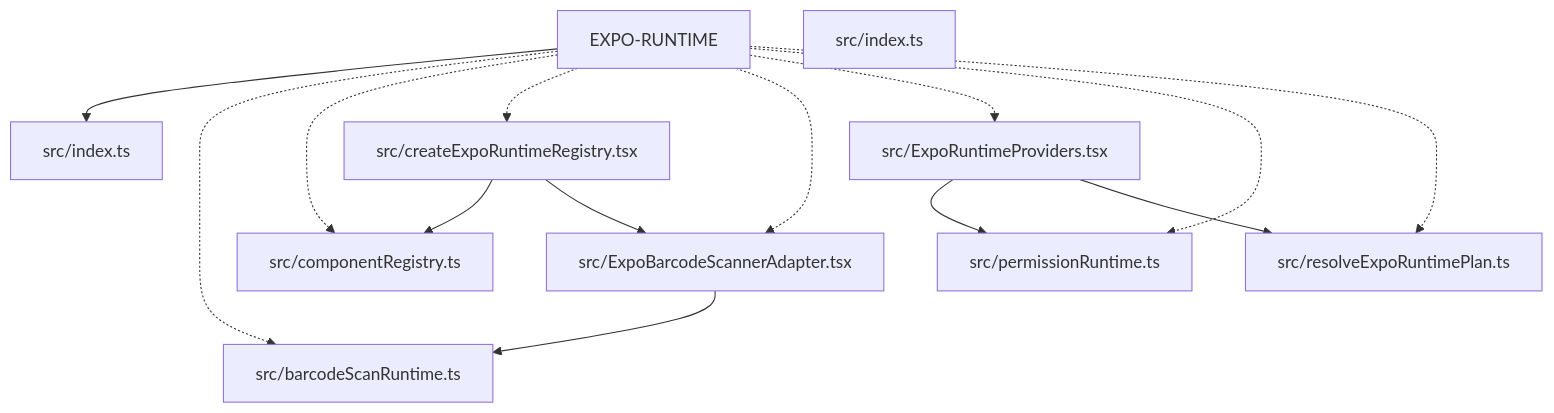
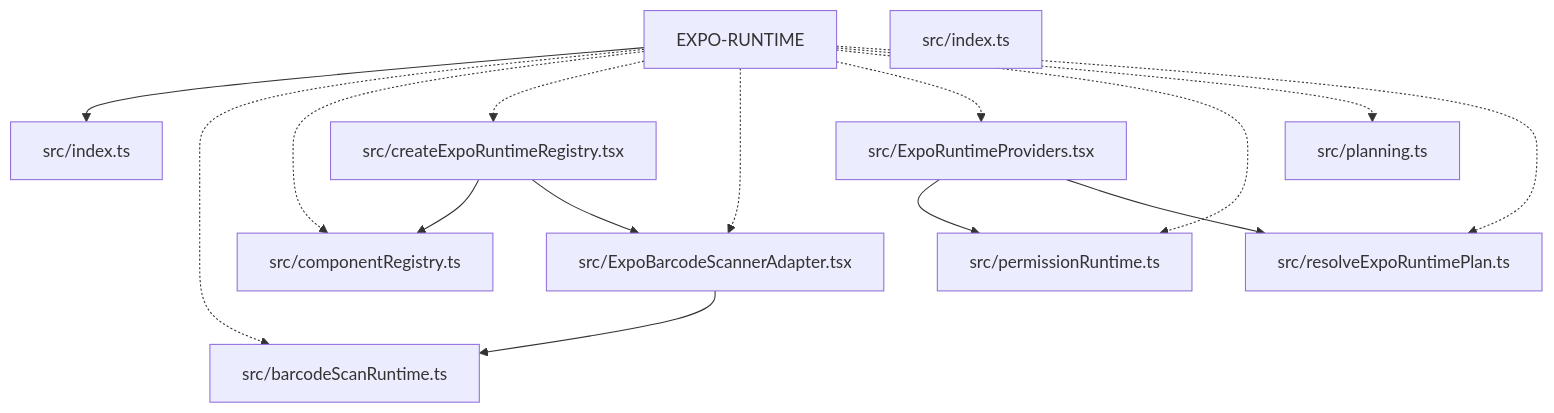
One commit to ankhorage/expo-runtime changed the diagram in paradox/diagrams/architecture-overview.mmd. Above: the diagram before and after it, drawn with Mermaid. The commit also changed 6 other files, not shown here.

```diff
--- a/paradox/diagrams/architecture-overview.mmd
+++ b/paradox/diagrams/architecture-overview.mmd
@@ -1,24 +1,26 @@
 graph TD
   package__ankhorage_expo_runtime["EXPO-RUNTIME"]
   entrypoint_src_index_ts["src/index.ts"]
   package__ankhorage_expo_runtime --> entrypoint_src_index_ts
   module_src_barcodeScanRuntime_ts["src/barcodeScanRuntime.ts"]
   package__ankhorage_expo_runtime -.-> module_src_barcodeScanRuntime_ts
   module_src_componentRegistry_ts["src/componentRegistry.ts"]
   package__ankhorage_expo_runtime -.-> module_src_componentRegistry_ts
   module_src_createExpoRuntimeRegistry_tsx["src/createExpoRuntimeRegistry.tsx"]
   package__ankhorage_expo_runtime -.-> module_src_createExpoRuntimeRegistry_tsx
   module_src_createExpoRuntimeRegistry_tsx --> module_src_componentRegistry_ts
   module_src_createExpoRuntimeRegistry_tsx --> module_src_ExpoBarcodeScannerAdapter_tsx
   module_src_ExpoBarcodeScannerAdapter_tsx["src/ExpoBarcodeScannerAdapter.tsx"]
   package__ankhorage_expo_runtime -.-> module_src_ExpoBarcodeScannerAdapter_tsx
   module_src_ExpoBarcodeScannerAdapter_tsx --> module_src_barcodeScanRuntime_ts
   module_src_ExpoRuntimeProviders_tsx["src/ExpoRuntimeProviders.tsx"]
   package__ankhorage_expo_runtime -.-> module_src_ExpoRuntimeProviders_tsx
   module_src_ExpoRuntimeProviders_tsx --> module_src_permissionRuntime_ts
   module_src_ExpoRuntimeProviders_tsx --> module_src_resolveExpoRuntimePlan_ts
   module_src_index_ts["src/index.ts"]
   module_src_permissionRuntime_ts["src/permissionRuntime.ts"]
   package__ankhorage_expo_runtime -.-> module_src_permissionRuntime_ts
+  module_src_planning_ts["src/planning.ts"]
+  package__ankhorage_expo_runtime -.-> module_src_planning_ts
   module_src_resolveExpoRuntimePlan_ts["src/resolveExpoRuntimePlan.ts"]
   package__ankhorage_expo_runtime -.-> module_src_resolveExpoRuntimePlan_ts
```
